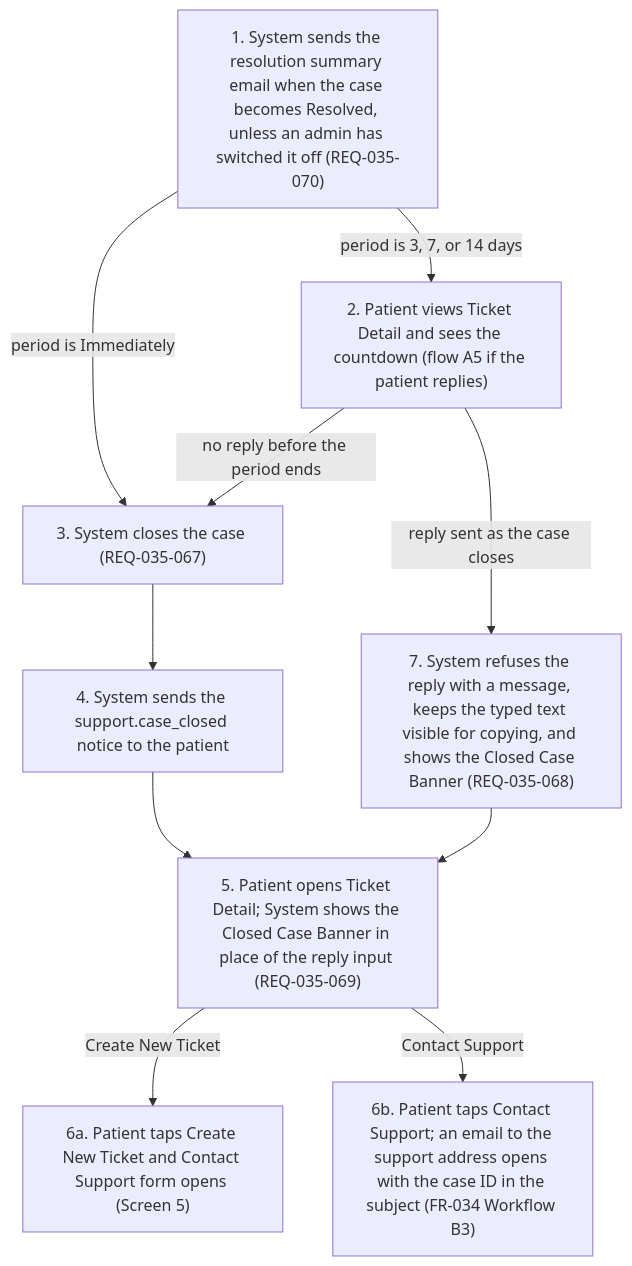
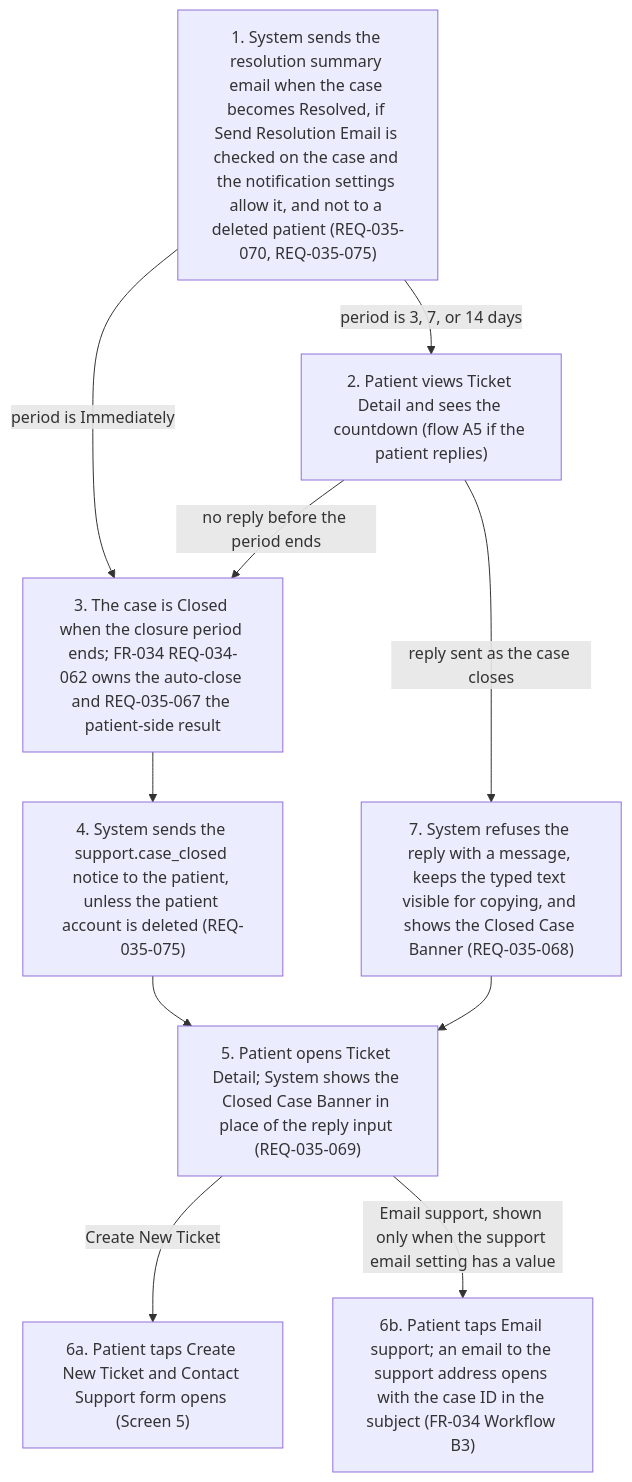
One commit to joachimtrungtuan/hairline-pm-docs changed the seventh of 10 diagrams in project-requirements/functional-requirements/fr035-patient-help-support/prd.md. Above: the diagram before and after it, drawn with Mermaid. The commit also changed other lines of this file and 5 other files, not shown here.

Commit message:
docs(fr035): apply logic review pass 2 fixes to PRD and graph

````diff
--- a/project-requirements/functional-requirements/fr035-patient-help-support/prd.md
+++ b/project-requirements/functional-requirements/fr035-patient-help-support/prd.md
@@ -205,12 +207,12 @@
 ```mermaid
 flowchart TD
-    A6S1["1. System sends the resolution summary email when the case becomes Resolved, unless an admin has switched it off (REQ-035-070)"] -->|period is 3, 7, or 14 days| A6S2["2. Patient views Ticket Detail and sees the countdown (flow A5 if the patient replies)"]
+    A6S1["1. System sends the resolution summary email when the case becomes Resolved, if Send Resolution Email is checked on the case and the notification settings allow it, and not to a deleted patient (REQ-035-070, REQ-035-075)"] -->|period is 3, 7, or 14 days| A6S2["2. Patient views Ticket Detail and sees the countdown (flow A5 if the patient replies)"]
     A6S1 -->|period is Immediately| A6S3
-    A6S2 -->|no reply before the period ends| A6S3["3. System closes the case (REQ-035-067)"]
-    A6S3 --> A6S4["4. System sends the support.case_closed notice to the patient"]
+    A6S2 -->|no reply before the period ends| A6S3["3. The case is Closed when the closure period ends; FR-034 REQ-034-062 owns the auto-close and REQ-035-067 the patient-side result"]
+    A6S3 --> A6S4["4. System sends the support.case_closed notice to the patient, unless the patient account is deleted (REQ-035-075)"]
     A6S4 --> A6S5["5. Patient opens Ticket Detail; System shows the Closed Case Banner in place of the reply input (REQ-035-069)"]
     A6S5 -->|Create New Ticket| A6S6["6a. Patient taps Create New Ticket and Contact Support form opens (Screen 5)"]
-    A6S5 -->|Contact Support| A6S7["6b. Patient taps Contact Support; an email to the support address opens with the case ID in the subject (FR-034 Workflow B3)"]
+    A6S5 -->|Email support, shown only when the support email setting has a value| A6S7["6b. Patient taps Email support; an email to the support address opens with the case ID in the subject (FR-034 Workflow B3)"]
     A6S2 -->|reply sent as the case closes| A6S8["7. System refuses the reply with a message, keeps the typed text visible for copying, and shows the Closed Case Banner (REQ-035-068)"]
     A6S8 --> A6S5
 ```
````
